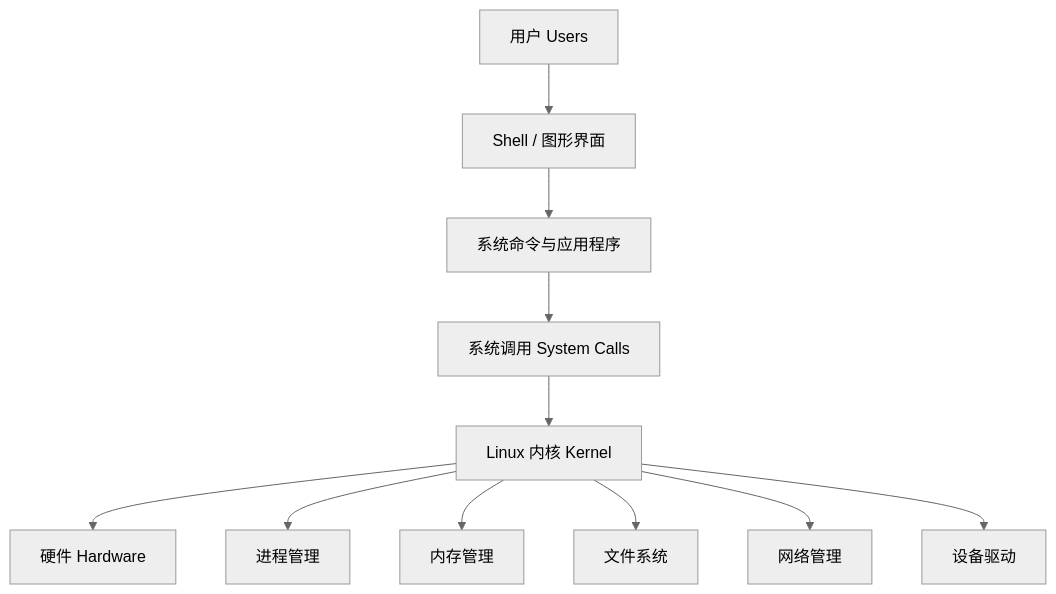
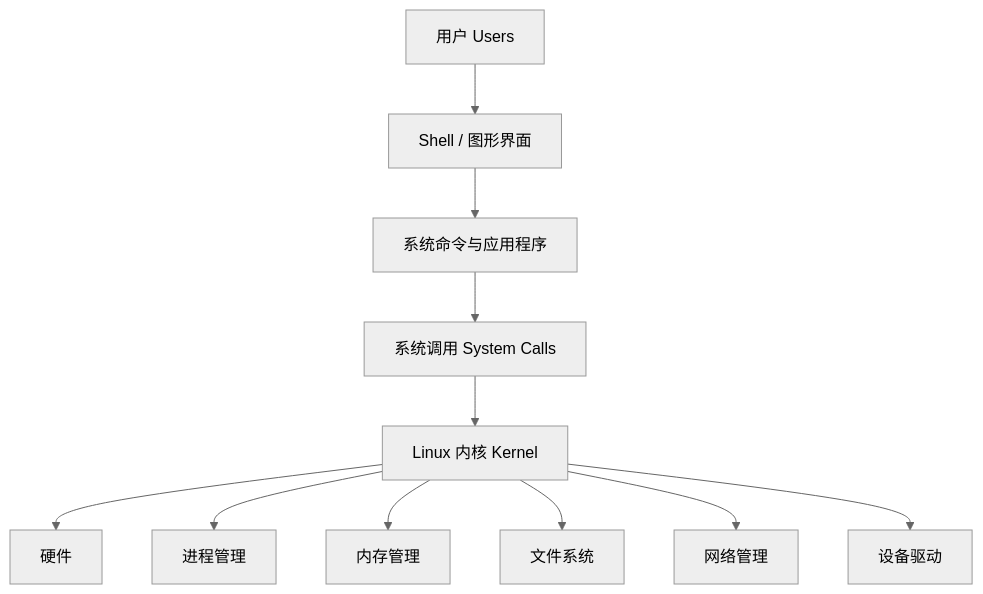
One commit to Chem-Aether/MomoWiki changed the first of 5 diagrams in 计算机体系基础/3.操作系统/1.linux概览/8.组织结构.md. Above: the diagram before and after it, drawn with Mermaid (neutral theme). The commit also changed other lines of this file and 16 other files, not shown here.

Commit message:
图神经网络补充，linux命令介绍

````diff
--- a/计算机体系基础/3.操作系统/1.linux概览/8.组织结构.md
+++ b/计算机体系基础/3.操作系统/1.linux概览/8.组织结构.md
@@ -9,14 +9,13 @@
 ```mermaid
 graph TD
     A[用户 Users] --> B[Shell / 图形界面]
     B --> C[系统命令与应用程序]
     C --> D[系统调用 System Calls]
     D --> E[Linux 内核 Kernel]
-    E --> F[硬件 Hardware]
-
+    E --> F[硬件]
     E --> G[进程管理]
     E --> H[内存管理]
     E --> I[文件系统]
     E --> J[网络管理]
     E --> K[设备驱动]
 ```
````
